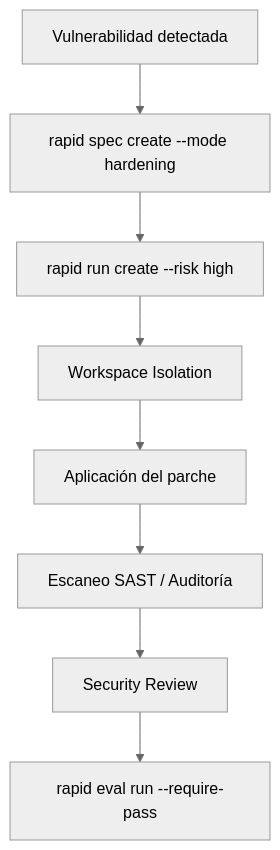
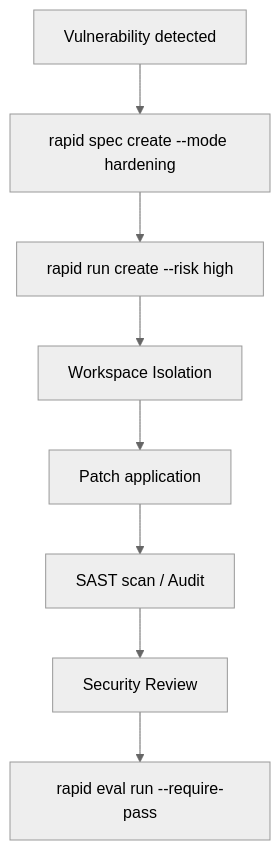
One commit to alyconr/Rapid-OS changed the diagram in docs/guides/modes/hardening.md. Above: the diagram before and after it, drawn with Mermaid (neutral theme). The commit also changed other lines of this file and 81 other files, not shown here.

````diff
--- a/docs/guides/modes/hardening.md
+++ b/docs/guides/modes/hardening.md
@@ -40,10 +40,10 @@
 ```mermaid
 flowchart TD
-    Vuln["Vulnerabilidad detectada"] --> Spec["rapid spec create --mode hardening"]
+    Vuln["Vulnerability detected"] --> Spec["rapid spec create --mode hardening"]
     Spec --> Run["rapid run create --risk high"]
     Run --> Iso["Workspace Isolation"]
-    Iso --> Patch["Aplicación del parche"]
-    Patch --> Scan["Escaneo SAST / Auditoría"]
+    Iso --> Patch["Patch application"]
+    Patch --> Scan["SAST scan / Audit"]
     Scan --> SecRev["Security Review"]
     SecRev --> Eval["rapid eval run --require-pass"]
 ```
````
